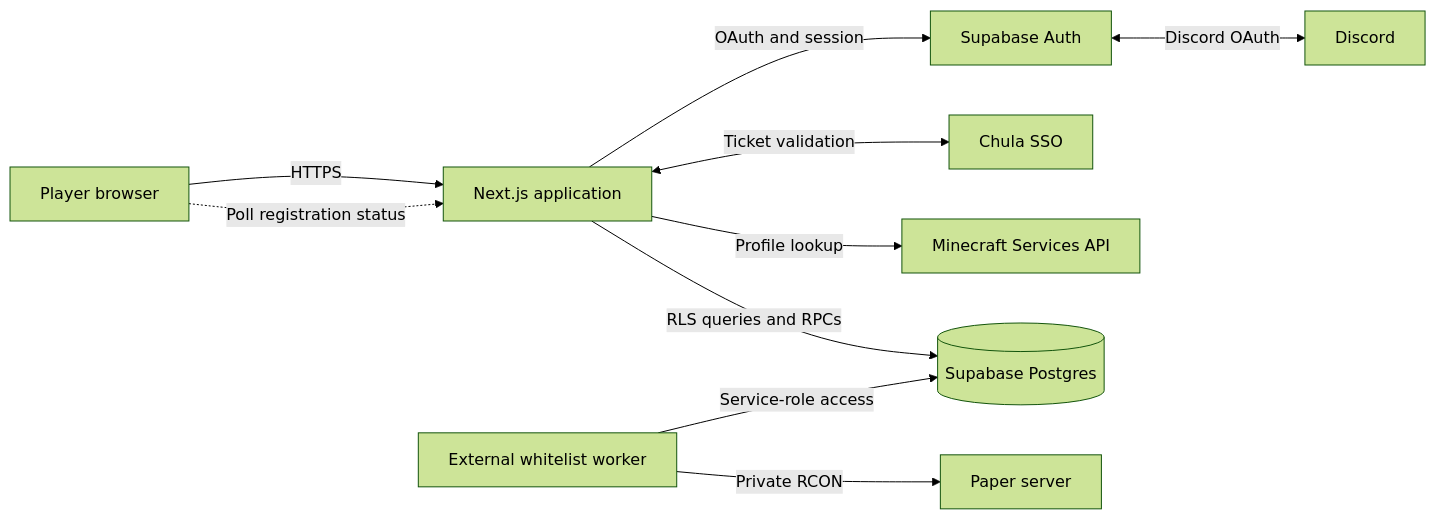
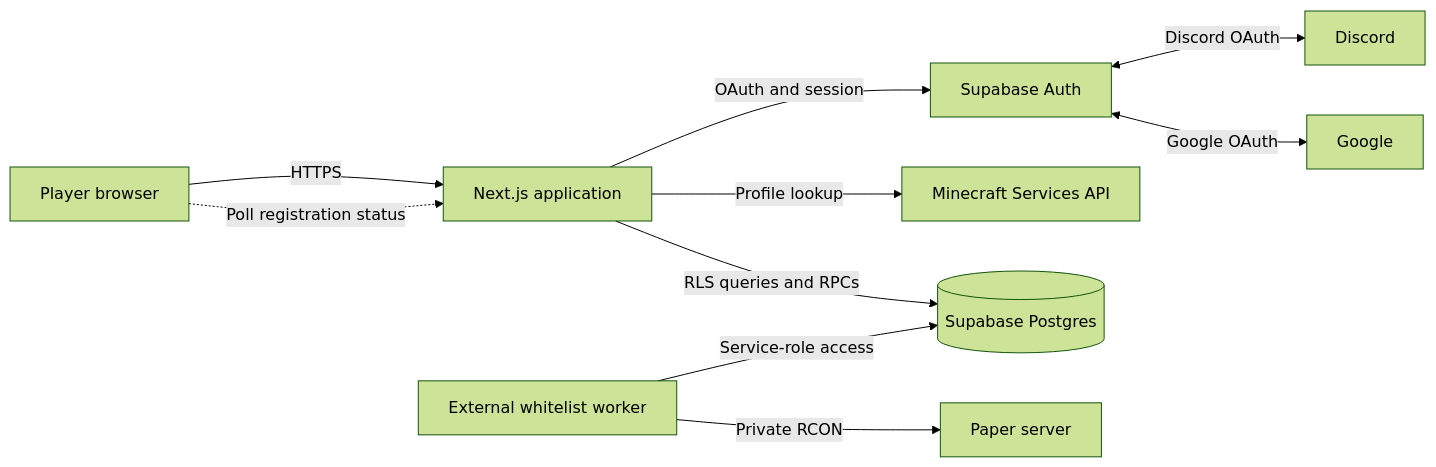
One commit to ChulaCraft/chulacraft-web changed the diagram in README.md. Above: the diagram before and after it, drawn with Mermaid (forest theme). The commit also changed other lines of this file and 34 other files, not shown here.

````diff
--- a/README.md
+++ b/README.md
@@ -30,12 +30,12 @@
 ```mermaid
 flowchart LR
   Player[Player browser] -->|HTTPS| Web[Next.js application]
   Web -->|OAuth and session| Auth[Supabase Auth]
   Auth <-->|Discord OAuth| Discord[Discord]
-  Web <-->|Ticket validation| Chula[Chula SSO]
+  Auth <-->|Google OAuth| Google[Google]
   Web -->|Profile lookup| Minecraft[Minecraft Services API]
   Web -->|RLS queries and RPCs| DB[(Supabase Postgres)]
   Worker[External whitelist worker] -->|Service-role access| DB
   Worker -->|Private RCON| Paper[Paper server]
   Player -.->|Poll registration status| Web
 ```
````
